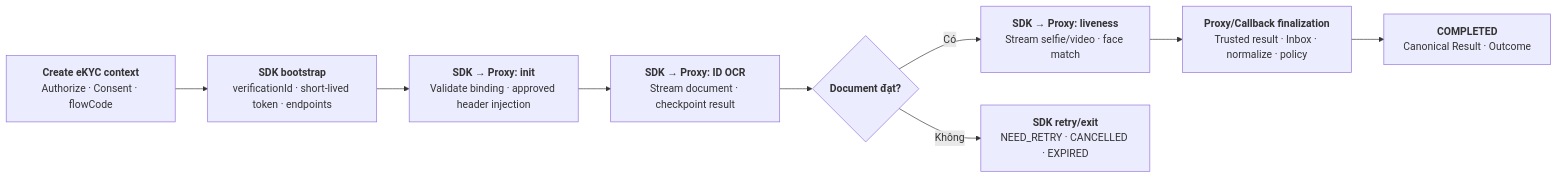
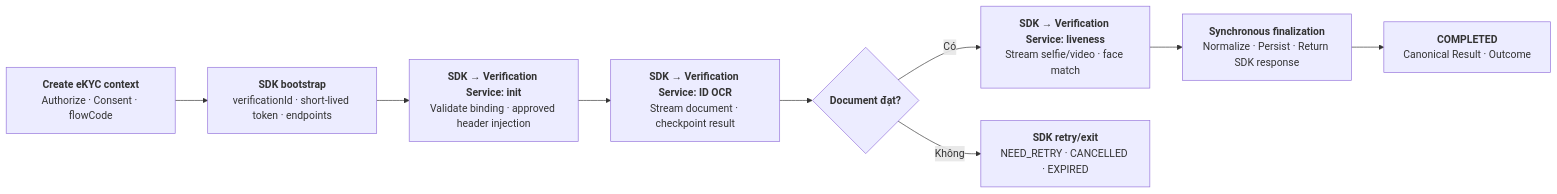
Before and after one commit to huynv-xyz/vhm: the sixth of 8 diagrams in noxh-ekyc.md, drawn with Mermaid. The commit also changed other lines of this file, not shown here.

````diff
--- a/noxh-ekyc.md
+++ b/noxh-ekyc.md
@@ -387,24 +389,24 @@
 ```mermaid
 flowchart LR
     CREATE["`**Create eKYC context**
 Authorize · Consent · flowCode`"]
     BOOTSTRAP["`**SDK bootstrap**
 verificationId · short-lived token · endpoints`"]
-    INIT["`**SDK → Proxy: init**
+    INIT["`**SDK → Verification Service: init**
 Validate binding · approved header injection`"]
-    OCR["`**SDK → Proxy: ID OCR**
+    OCR["`**SDK → Verification Service: ID OCR**
 Stream document · checkpoint result`"]
     DOC_CHECK{"`**Document đạt?**`"}
-    LIVE["`**SDK → Proxy: liveness**
+    LIVE["`**SDK → Verification Service: liveness**
 Stream selfie/video · face match`"]
-    FINAL["`**Proxy/Callback finalization**
-Trusted result · Inbox · normalize · policy`"]
+    FINAL["`**Synchronous finalization**
+Normalize · Persist · Return SDK response`"]
     DONE["`**COMPLETED**
 Canonical Result · Outcome`"]
     RETRY["`**SDK retry/exit**
 NEED_RETRY · CANCELLED · EXPIRED`"]
 
     CREATE --> BOOTSTRAP --> INIT --> OCR --> DOC_CHECK
     DOC_CHECK -->|"Có"| LIVE --> FINAL --> DONE
     DOC_CHECK -->|"Không"| RETRY
 ```
````
